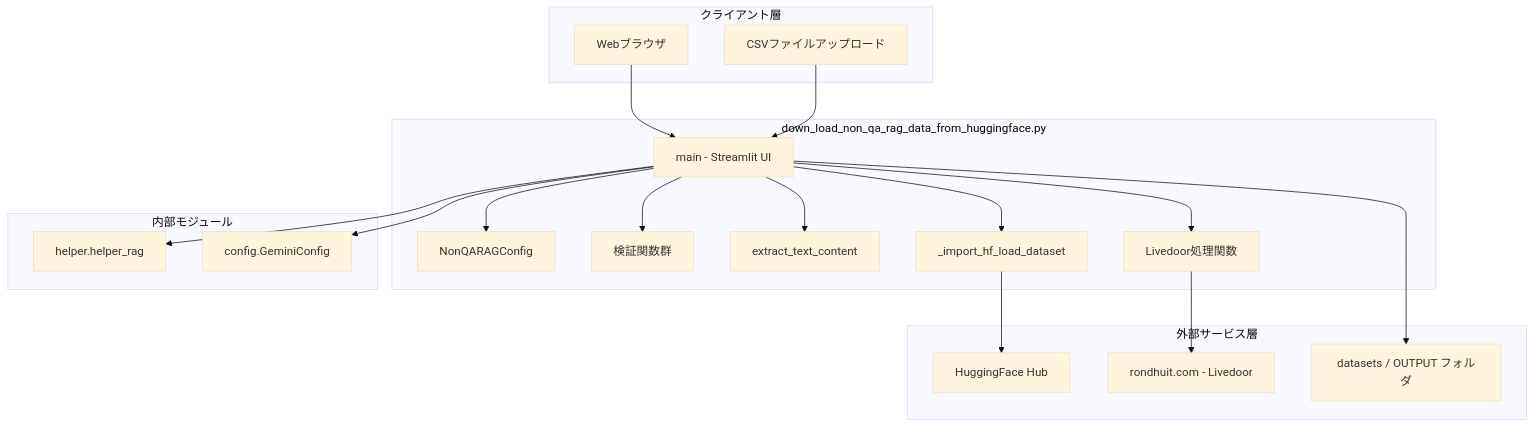
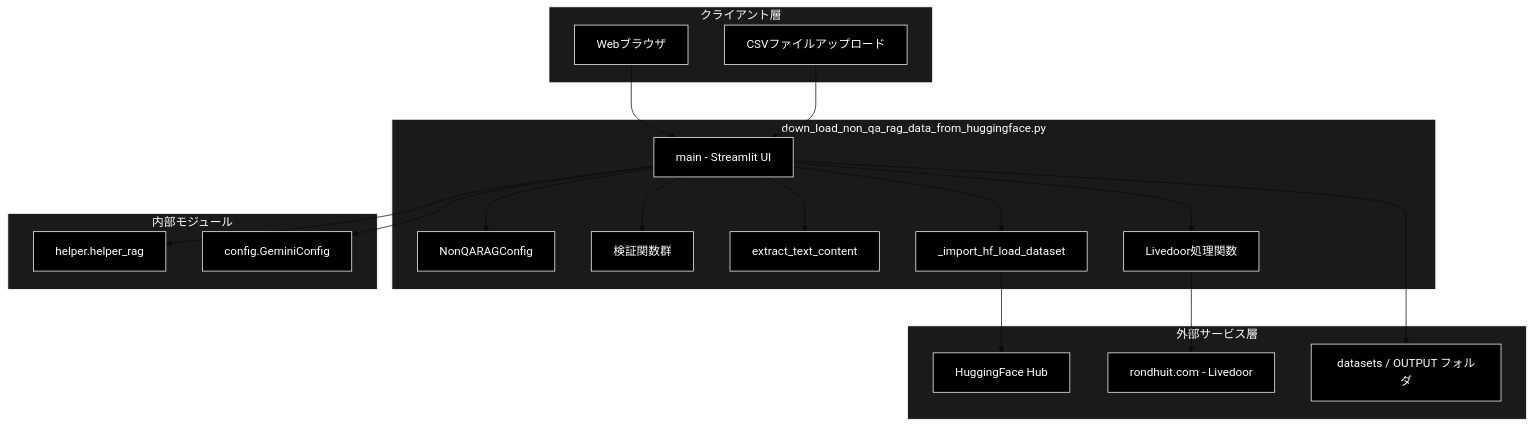
One commit to nakashima2toshio/anthropic_grace_agent_v2 changed the first of 3 diagrams in down_load_non_qa_rag_data_from_huggingface.md. Above: the diagram before and after it, drawn with Mermaid (base theme). The commit also changed other lines of this file and 9 other files, not shown here.

````diff
--- a/down_load_non_qa_rag_data_from_huggingface.md
+++ b/down_load_non_qa_rag_data_from_huggingface.md
@@ -71,40 +71,47 @@
 ```mermaid
 flowchart TB
     subgraph CLIENT["クライアント層"]
-        BROWSER[Webブラウザ]
-        UPLOAD[CSVファイルアップロード]
+        BROWSER["Webブラウザ"]
+        UPLOAD["CSVファイルアップロード"]
     end
 
     subgraph MODULE["down_load_non_qa_rag_data_from_huggingface.py"]
         MAIN["main - Streamlit UI"]
-        CONFIG_CLS[NonQARAGConfig]
-        VALIDATE[検証関数群]
-        EXTRACT[extract_text_content]
-        LIVEDOOR[Livedoor処理関数]
+        CONFIG_CLS["NonQARAGConfig"]
+        VALIDATE["検証関数群"]
+        EXTRACT["extract_text_content"]
+        LIVEDOOR["Livedoor処理関数"]
         IMPORT_HF["_import_hf_load_dataset"]
     end
 
     subgraph INTERNAL["内部モジュール"]
         HELPER["helper.helper_rag"]
         GEMINI_CFG["config.GeminiConfig"]
     end
 
     subgraph EXTERNAL["外部サービス層"]
-        HF[HuggingFace Hub]
+        HF["HuggingFace Hub"]
         RONDHUIT["rondhuit.com - Livedoor"]
         FS["datasets / OUTPUT フォルダ"]
     end
 
     BROWSER --> MAIN
     UPLOAD --> MAIN
     MAIN --> CONFIG_CLS
     MAIN --> VALIDATE
     MAIN --> EXTRACT
     MAIN --> LIVEDOOR
     MAIN --> IMPORT_HF
     MAIN --> HELPER
     MAIN --> GEMINI_CFG
     IMPORT_HF --> HF
     LIVEDOOR --> RONDHUIT
     MAIN --> FS
+classDef default fill:#000,stroke:#fff,color:#fff
+classDef subgraphStyle fill:#1a1a1a,stroke:#fff,color:#fff
+class BROWSER,UPLOAD,MAIN,CONFIG_CLS,VALIDATE,EXTRACT,LIVEDOOR,IMPORT_HF,HELPER,GEMINI_CFG,HF,RONDHUIT,FS default
+style CLIENT fill:#1a1a1a,stroke:#fff,color:#fff
+style MODULE fill:#1a1a1a,stroke:#fff,color:#fff
+style INTERNAL fill:#1a1a1a,stroke:#fff,color:#fff
+style EXTERNAL fill:#1a1a1a,stroke:#fff,color:#fff
 ```
````
